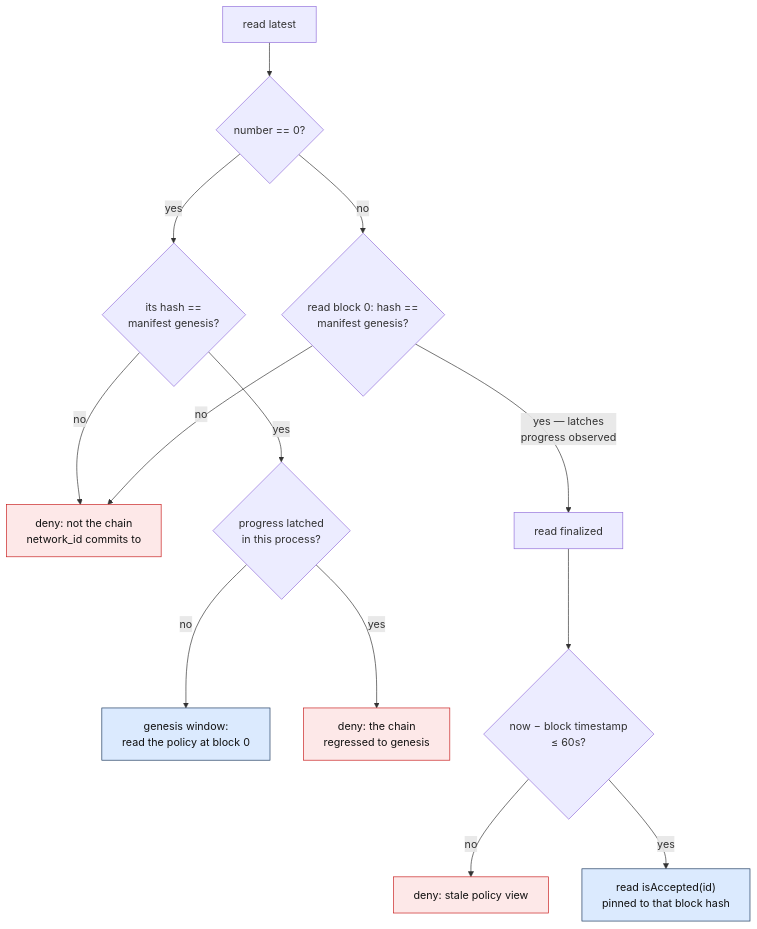
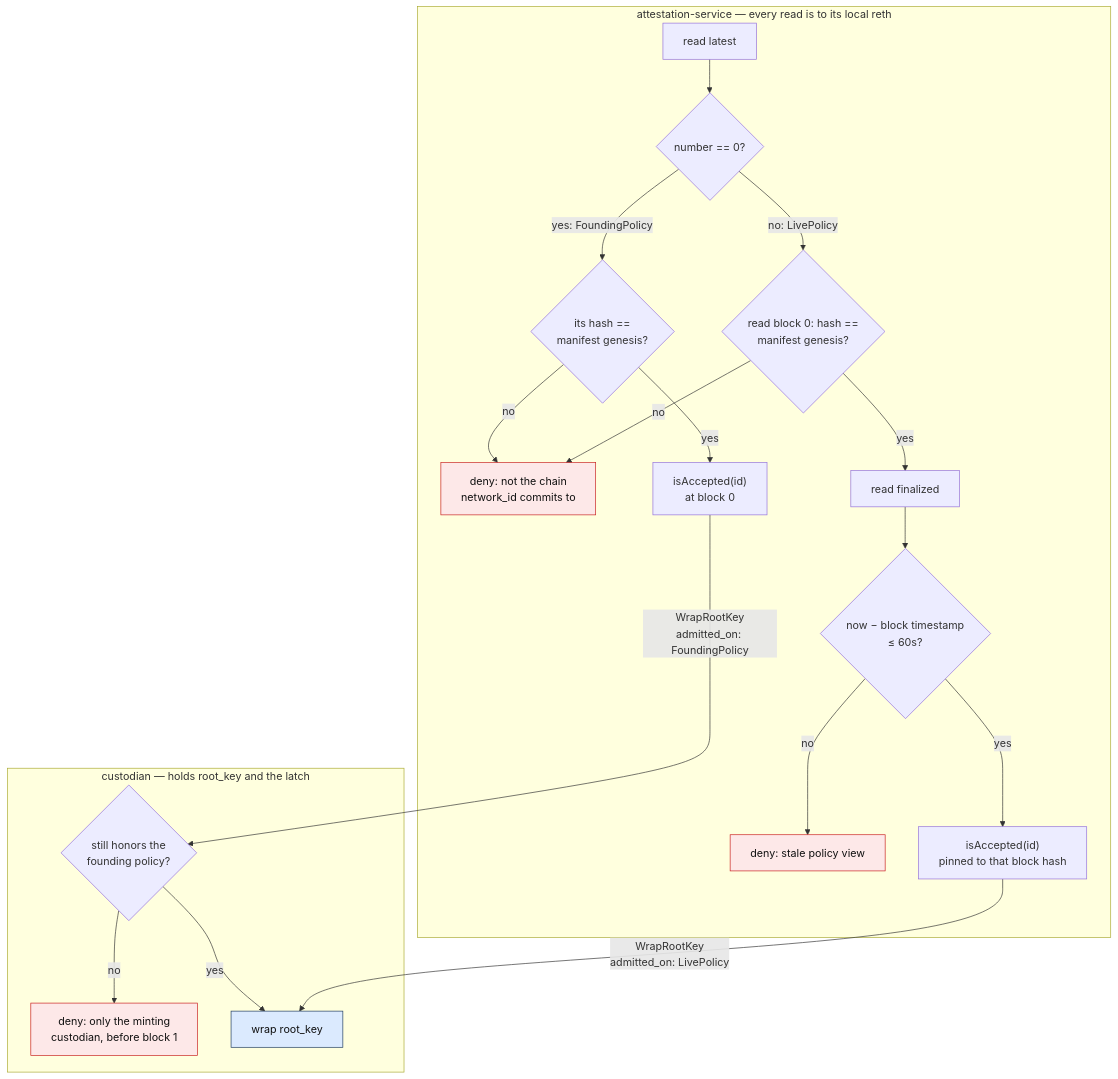
One commit to HusseinAdeiza/seismic changed the second of 4 diagrams in docs/tee/chain-backed-admission.md. Above: the diagram before and after it, drawn with Mermaid. The commit also changed other lines of this file and 3 other files, not shown here.

First line of the commit message:
docs(tee): only the minting custodian honors the founding policy (#336)

````diff
--- a/docs/tee/chain-backed-admission.md
+++ b/docs/tee/chain-backed-admission.md
@@ -133,19 +143,28 @@
 ```mermaid
 flowchart TD
-    L["read latest"] --> Z{"number == 0?"}
-    Z -- yes --> P0{"its hash ==<br/>manifest genesis?"}
-    P0 -- no --> D0["deny: not the chain<br/>network_id commits to"]
-    P0 -- yes --> G{"progress latched<br/>in this process?"}
-    G -- no --> OK1["genesis window:<br/>read the policy at block 0"]
-    G -- yes --> D1["deny: the chain<br/>regressed to genesis"]
-    Z -- no --> P{"read block 0: hash ==<br/>manifest genesis?"}
-    P -- no --> D0
-    P -- "yes — latches<br/>progress observed" --> F["read finalized"]
-    F --> A{"now − block timestamp<br/>≤ 60s?"}
-    A -- no --> D2["deny: stale policy view"]
-    A -- yes --> OK2["read isAccepted(id)<br/>pinned to that block hash"]
+    subgraph AS["attestation-service — every read is to its local reth"]
+        L["read latest"] --> Z{"number == 0?"}
+        Z -- "yes: FoundingPolicy" --> P0{"its hash ==<br/>manifest genesis?"}
+        P0 -- no --> D0["deny: not the chain<br/>network_id commits to"]
+        P0 -- yes --> FP["isAccepted(id)<br/>at block 0"]
+        Z -- "no: LivePolicy" --> P{"read block 0: hash ==<br/>manifest genesis?"}
+        P -- no --> D0
+        P -- yes --> F["read finalized"]
+        F --> A{"now − block timestamp<br/>≤ 60s?"}
+        A -- no --> D2["deny: stale policy view"]
+        A -- yes --> LP["isAccepted(id)<br/>pinned to that block hash"]
+    end
+    subgraph CU["custodian — holds root_key and the latch"]
+        C{"still honors the<br/>founding policy?"}
+        D1["deny: only the minting<br/>custodian, before block 1"]
+        W["wrap root_key"]
+    end
+    FP -- "WrapRootKey<br/>admitted_on: FoundingPolicy" --> C
+    C -- no --> D1
+    C -- yes --> W
+    LP -- "WrapRootKey<br/>admitted_on: LivePolicy" --> W
     classDef deny fill:#fde8e8,stroke:#c81e1e,color:#111;
     classDef ok fill:#dbeafe,stroke:#1e3a5f,color:#111;
     class D0,D1,D2 deny;
-    class OK1,OK2 ok;
+    class W ok;
 ```
````
